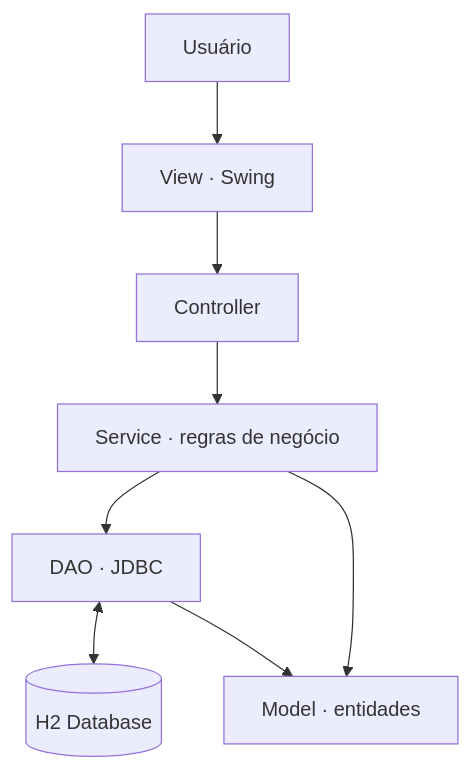
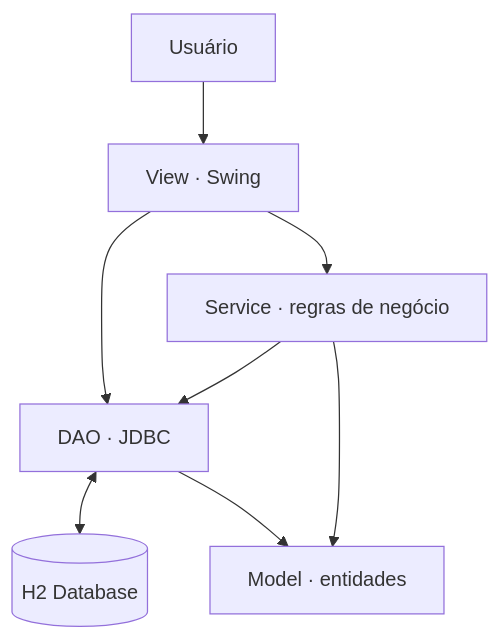
One commit to brennocoelho/EstoqueFlow changed the diagram in README.md. Above: the diagram before and after it, drawn with Mermaid. The commit also changed other lines of this file, not shown here.

````diff
--- a/README.md
+++ b/README.md
@@ -54,10 +53,10 @@
 ```mermaid
 flowchart TD
     U[Usuário] --> V[View · Swing]
-    V --> C[Controller]
-    C --> S[Service · regras de negócio]
-    S --> D[DAO · JDBC]
+    V --> S[Service · regras de negócio]
+    V --> D[DAO · JDBC]
+    S --> D
     D <--> B[(H2 Database)]
     D --> M[Model · entidades]
     S --> M
 ```
````
